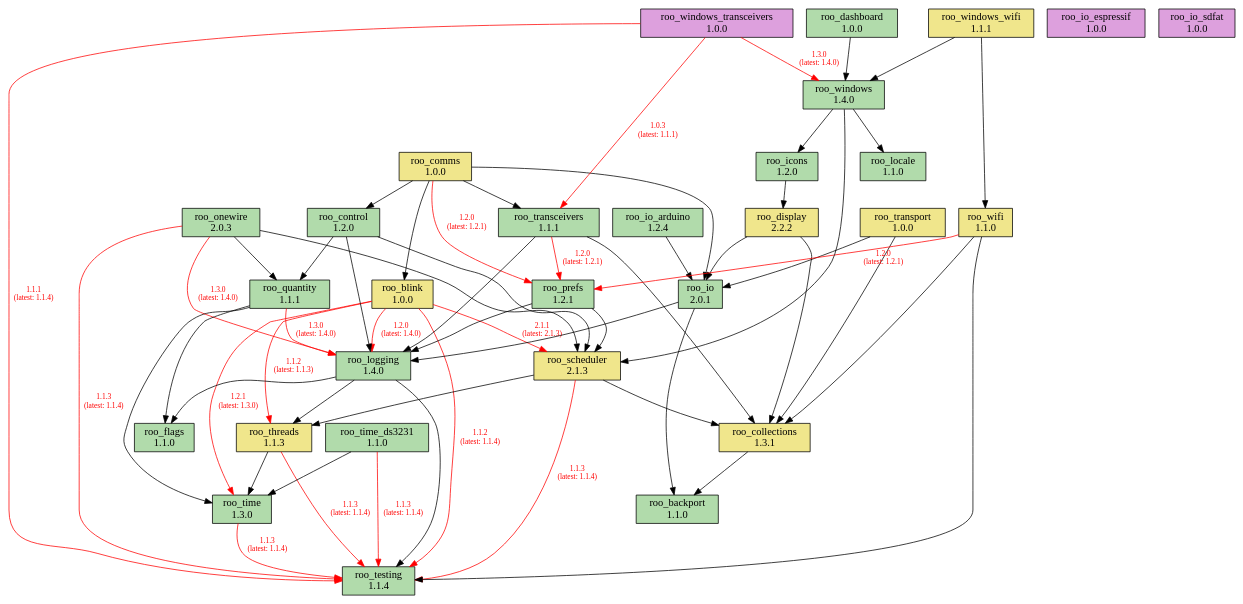
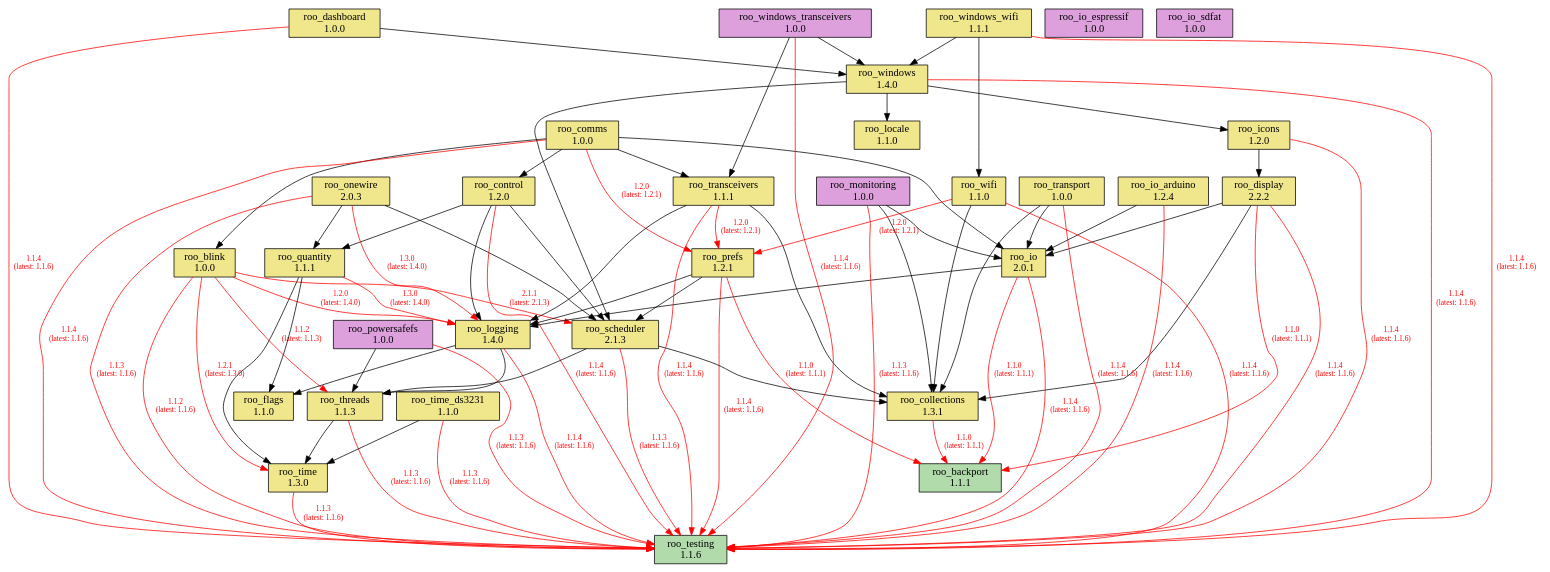
The diagram in doc/dependencies.dot (dejwk/roo-registry), drawn with Graphviz before and after one commit. The commit also changed 3 other files, not shown here.

Commit message:
Added roo_testing 1.1.6 to the registry.

```diff
--- a/doc/dependencies.dot
+++ b/doc/dependencies.dot
@@ -1,95 +1,116 @@
 digraph dependencies {
     rankdir=TB;
     node [shape=box, style=filled];
     edge [fontsize=10];
 
     // Modules
-    "roo_backport" [label="roo_backport\n1.1.0", fillcolor="#b1dbab"];
+    "roo_backport" [label="roo_backport\n1.1.1", fillcolor="#b1dbab"];
     "roo_blink" [label="roo_blink\n1.0.0", fillcolor="khaki"];
     "roo_collections" [label="roo_collections\n1.3.1", fillcolor="khaki"];
     "roo_comms" [label="roo_comms\n1.0.0", fillcolor="khaki"];
-    "roo_control" [label="roo_control\n1.2.0", fillcolor="#b1dbab"];
-    "roo_dashboard" [label="roo_dashboard\n1.0.0", fillcolor="#b1dbab"];
+    "roo_control" [label="roo_control\n1.2.0", fillcolor="khaki"];
+    "roo_dashboard" [label="roo_dashboard\n1.0.0", fillcolor="khaki"];
     "roo_display" [label="roo_display\n2.2.2", fillcolor="khaki"];
-    "roo_flags" [label="roo_flags\n1.1.0", fillcolor="#b1dbab"];
-    "roo_icons" [label="roo_icons\n1.2.0", fillcolor="#b1dbab"];
-    "roo_io" [label="roo_io\n2.0.1", fillcolor="#b1dbab"];
-    "roo_io_arduino" [label="roo_io_arduino\n1.2.4", fillcolor="#b1dbab"];
+    "roo_flags" [label="roo_flags\n1.1.0", fillcolor="khaki"];
+    "roo_icons" [label="roo_icons\n1.2.0", fillcolor="khaki"];
+    "roo_io" [label="roo_io\n2.0.1", fillcolor="khaki"];
+    "roo_io_arduino" [label="roo_io_arduino\n1.2.4", fillcolor="khaki"];
     "roo_io_espressif" [label="roo_io_espressif\n1.0.0", fillcolor="plum"];
     "roo_io_sdfat" [label="roo_io_sdfat\n1.0.0", fillcolor="plum"];
-    "roo_locale" [label="roo_locale\n1.1.0", fillcolor="#b1dbab"];
-    "roo_logging" [label="roo_logging\n1.4.0", fillcolor="#b1dbab"];
-    "roo_onewire" [label="roo_onewire\n2.0.3", fillcolor="#b1dbab"];
-    "roo_prefs" [label="roo_prefs\n1.2.1", fillcolor="#b1dbab"];
-    "roo_quantity" [label="roo_quantity\n1.1.1", fillcolor="#b1dbab"];
+    "roo_locale" [label="roo_locale\n1.1.0", fillcolor="khaki"];
+    "roo_logging" [label="roo_logging\n1.4.0", fillcolor="khaki"];
+    "roo_monitoring" [label="roo_monitoring\n1.0.0", fillcolor="plum"];
+    "roo_onewire" [label="roo_onewire\n2.0.3", fillcolor="khaki"];
+    "roo_powersafefs" [label="roo_powersafefs\n1.0.0", fillcolor="plum"];
+    "roo_prefs" [label="roo_prefs\n1.2.1", fillcolor="khaki"];
+    "roo_quantity" [label="roo_quantity\n1.1.1", fillcolor="khaki"];
     "roo_scheduler" [label="roo_scheduler\n2.1.3", fillcolor="khaki"];
-    "roo_testing" [label="roo_testing\n1.1.4", fillcolor="#b1dbab"];
+    "roo_testing" [label="roo_testing\n1.1.6", fillcolor="#b1dbab"];
     "roo_threads" [label="roo_threads\n1.1.3", fillcolor="khaki"];
-    "roo_time" [label="roo_time\n1.3.0", fillcolor="#b1dbab"];
-    "roo_time_ds3231" [label="roo_time_ds3231\n1.1.0", fillcolor="#b1dbab"];
-    "roo_transceivers" [label="roo_transceivers\n1.1.1", fillcolor="#b1dbab"];
+    "roo_time" [label="roo_time\n1.3.0", fillcolor="khaki"];
+    "roo_time_ds3231" [label="roo_time_ds3231\n1.1.0", fillcolor="khaki"];
+    "roo_transceivers" [label="roo_transceivers\n1.1.1", fillcolor="khaki"];
     "roo_transport" [label="roo_transport\n1.0.0", fillcolor="khaki"];
     "roo_wifi" [label="roo_wifi\n1.1.0", fillcolor="khaki"];
-    "roo_windows" [label="roo_windows\n1.4.0", fillcolor="#b1dbab"];
+    "roo_windows" [label="roo_windows\n1.4.0", fillcolor="khaki"];
     "roo_windows_transceivers" [label="roo_windows_transceivers\n1.0.0", fillcolor="plum"];
     "roo_windows_wifi" [label="roo_windows_wifi\n1.1.1", fillcolor="khaki"];
 
     // Dependencies
-    "roo_blink" -> "roo_testing" [color=red, fontcolor=red, label="1.1.2\n(latest: 1.1.4)"];
+    "roo_blink" -> "roo_testing" [color=red, fontcolor=red, label="1.1.2\n(latest: 1.1.6)"];
     "roo_blink" -> "roo_logging" [color=red, fontcolor=red, label="1.2.0\n(latest: 1.4.0)"];
     "roo_blink" -> "roo_scheduler" [color=red, fontcolor=red, label="2.1.1\n(latest: 2.1.3)"];
     "roo_blink" -> "roo_threads" [color=red, fontcolor=red, label="1.1.2\n(latest: 1.1.3)"];
     "roo_blink" -> "roo_time" [color=red, fontcolor=red, label="1.2.1\n(latest: 1.3.0)"];
-    "roo_collections" -> "roo_backport";
+    "roo_collections" -> "roo_backport" [color=red, fontcolor=red, label="1.1.0\n(latest: 1.1.1)"];
+    "roo_comms" -> "roo_testing" [color=red, fontcolor=red, label="1.1.4\n(latest: 1.1.6)"];
     "roo_comms" -> "roo_blink";
     "roo_comms" -> "roo_control";
     "roo_comms" -> "roo_io";
     "roo_comms" -> "roo_prefs" [color=red, fontcolor=red, label="1.2.0\n(latest: 1.2.1)"];
     "roo_comms" -> "roo_transceivers";
+    "roo_control" -> "roo_testing" [color=red, fontcolor=red, label="1.1.4\n(latest: 1.1.6)"];
     "roo_control" -> "roo_logging";
     "roo_control" -> "roo_quantity";
     "roo_control" -> "roo_scheduler";
+    "roo_dashboard" -> "roo_testing" [color=red, fontcolor=red, label="1.1.4\n(latest: 1.1.6)"];
     "roo_dashboard" -> "roo_windows";
+    "roo_display" -> "roo_testing" [color=red, fontcolor=red, label="1.1.4\n(latest: 1.1.6)"];
+    "roo_display" -> "roo_backport" [color=red, fontcolor=red, label="1.1.0\n(latest: 1.1.1)"];
     "roo_display" -> "roo_collections";
     "roo_display" -> "roo_io";
+    "roo_icons" -> "roo_testing" [color=red, fontcolor=red, label="1.1.4\n(latest: 1.1.6)"];
     "roo_icons" -> "roo_display";
-    "roo_io" -> "roo_backport";
+    "roo_io" -> "roo_testing" [color=red, fontcolor=red, label="1.1.4\n(latest: 1.1.6)"];
+    "roo_io" -> "roo_backport" [color=red, fontcolor=red, label="1.1.0\n(latest: 1.1.1)"];
     "roo_io" -> "roo_logging";
+    "roo_io_arduino" -> "roo_testing" [color=red, fontcolor=red, label="1.1.4\n(latest: 1.1.6)"];
     "roo_io_arduino" -> "roo_io";
-    "roo_logging" -> "roo_testing";
+    "roo_logging" -> "roo_testing" [color=red, fontcolor=red, label="1.1.4\n(latest: 1.1.6)"];
     "roo_logging" -> "roo_flags";
     "roo_logging" -> "roo_threads";
-    "roo_onewire" -> "roo_testing" [color=red, fontcolor=red, label="1.1.3\n(latest: 1.1.4)"];
+    "roo_monitoring" -> "roo_testing" [color=red, fontcolor=red, label="1.1.3\n(latest: 1.1.6)"];
+    "roo_monitoring" -> "roo_collections";
+    "roo_monitoring" -> "roo_io";
+    "roo_onewire" -> "roo_testing" [color=red, fontcolor=red, label="1.1.3\n(latest: 1.1.6)"];
     "roo_onewire" -> "roo_logging" [color=red, fontcolor=red, label="1.3.0\n(latest: 1.4.0)"];
     "roo_onewire" -> "roo_scheduler";
     "roo_onewire" -> "roo_quantity";
+    "roo_powersafefs" -> "roo_testing" [color=red, fontcolor=red, label="1.1.3\n(latest: 1.1.6)"];
+    "roo_powersafefs" -> "roo_threads";
+    "roo_prefs" -> "roo_testing" [color=red, fontcolor=red, label="1.1.4\n(latest: 1.1.6)"];
+    "roo_prefs" -> "roo_backport" [color=red, fontcolor=red, label="1.1.0\n(latest: 1.1.1)"];
     "roo_prefs" -> "roo_logging";
     "roo_prefs" -> "roo_scheduler";
     "roo_quantity" -> "roo_flags";
     "roo_quantity" -> "roo_logging" [color=red, fontcolor=red, label="1.3.0\n(latest: 1.4.0)"];
     "roo_quantity" -> "roo_time";
-    "roo_scheduler" -> "roo_testing" [color=red, fontcolor=red, label="1.1.3\n(latest: 1.1.4)"];
+    "roo_scheduler" -> "roo_testing" [color=red, fontcolor=red, label="1.1.3\n(latest: 1.1.6)"];
     "roo_scheduler" -> "roo_collections";
     "roo_scheduler" -> "roo_threads";
-    "roo_threads" -> "roo_testing" [color=red, fontcolor=red, label="1.1.3\n(latest: 1.1.4)"];
+    "roo_threads" -> "roo_testing" [color=red, fontcolor=red, label="1.1.3\n(latest: 1.1.6)"];
     "roo_threads" -> "roo_time";
-    "roo_time" -> "roo_testing" [color=red, fontcolor=red, label="1.1.3\n(latest: 1.1.4)"];
-    "roo_time_ds3231" -> "roo_testing" [color=red, fontcolor=red, label="1.1.3\n(latest: 1.1.4)"];
+    "roo_time" -> "roo_testing" [color=red, fontcolor=red, label="1.1.3\n(latest: 1.1.6)"];
+    "roo_time_ds3231" -> "roo_testing" [color=red, fontcolor=red, label="1.1.3\n(latest: 1.1.6)"];
     "roo_time_ds3231" -> "roo_time";
+    "roo_transceivers" -> "roo_testing" [color=red, fontcolor=red, label="1.1.4\n(latest: 1.1.6)"];
     "roo_transceivers" -> "roo_collections";
     "roo_transceivers" -> "roo_logging";
     "roo_transceivers" -> "roo_prefs" [color=red, fontcolor=red, label="1.2.0\n(latest: 1.2.1)"];
+    "roo_transport" -> "roo_testing" [color=red, fontcolor=red, label="1.1.4\n(latest: 1.1.6)"];
     "roo_transport" -> "roo_collections";
     "roo_transport" -> "roo_io";
-    "roo_wifi" -> "roo_testing";
+    "roo_wifi" -> "roo_testing" [color=red, fontcolor=red, label="1.1.4\n(latest: 1.1.6)"];
     "roo_wifi" -> "roo_collections";
     "roo_wifi" -> "roo_prefs" [color=red, fontcolor=red, label="1.2.0\n(latest: 1.2.1)"];
+    "roo_windows" -> "roo_testing" [color=red, fontcolor=red, label="1.1.4\n(latest: 1.1.6)"];
     "roo_windows" -> "roo_locale";
     "roo_windows" -> "roo_icons";
     "roo_windows" -> "roo_scheduler";
-    "roo_windows_transceivers" -> "roo_testing" [color=red, fontcolor=red, label="1.1.1\n(latest: 1.1.4)"];
-    "roo_windows_transceivers" -> "roo_transceivers" [color=red, fontcolor=red, label="1.0.3\n(latest: 1.1.1)"];
-    "roo_windows_transceivers" -> "roo_windows" [color=red, fontcolor=red, label="1.3.0\n(latest: 1.4.0)"];
+    "roo_windows_transceivers" -> "roo_testing" [color=red, fontcolor=red, label="1.1.4\n(latest: 1.1.6)"];
+    "roo_windows_transceivers" -> "roo_transceivers";
+    "roo_windows_transceivers" -> "roo_windows";
+    "roo_windows_wifi" -> "roo_testing" [color=red, fontcolor=red, label="1.1.4\n(latest: 1.1.6)"];
     "roo_windows_wifi" -> "roo_wifi";
     "roo_windows_wifi" -> "roo_windows";
 }
```
